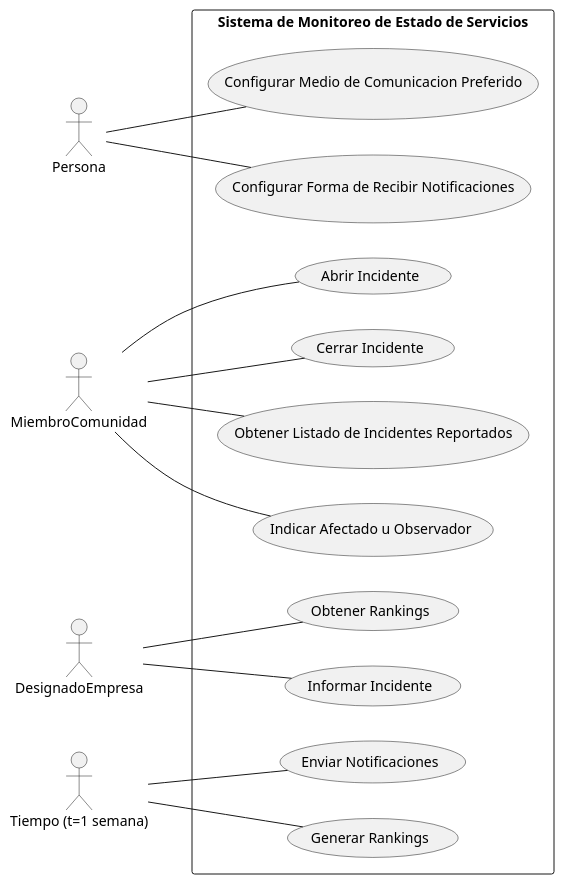
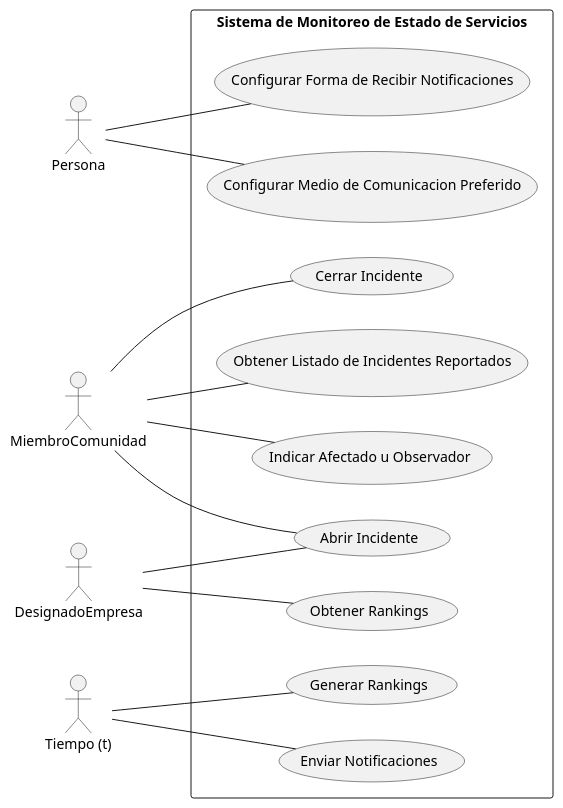
One commit to AndyTrias/comunidades-apoyo-movilidad-reducida- changed the diagram in Entregables/CasosDeUso.wsd. Above: the diagram before and after it, drawn with PlantUML. The commit also changed 30 other files, not shown here.

```diff
--- a/Entregables/CasosDeUso.wsd
+++ b/Entregables/CasosDeUso.wsd
@@ -1,25 +1,26 @@
 @startuml Caso De Uso
 
 left to right direction
 actor "Persona" as Persona
 actor "MiembroComunidad" as MiembroComunidad
 actor "DesignadoEmpresa" as DesignadoEmpresa
-actor "Tiempo (t=1 semana)" as Tiempo
+actor "Tiempo (t)" as Tiempo
 
 rectangle "Sistema de Monitoreo de Estado de Servicios" {
 Persona -- (Configurar Medio de Comunicacion Preferido)
 Persona -- (Configurar Forma de Recibir Notificaciones)
 
 MiembroComunidad -- (Abrir Incidente)
 MiembroComunidad -- (Cerrar Incidente)
 MiembroComunidad -- (Obtener Listado de Incidentes Reportados)
 MiembroComunidad -- (Indicar Afectado u Observador)
 
 DesignadoEmpresa -- (Obtener Rankings)
-DesignadoEmpresa -- (Informar Incidente)
+DesignadoEmpresa -- (Abrir Incidente)
+
 
 Tiempo  -- (Enviar Notificaciones)
 Tiempo -- (Generar Rankings)
 
 }
 @enduml
```
